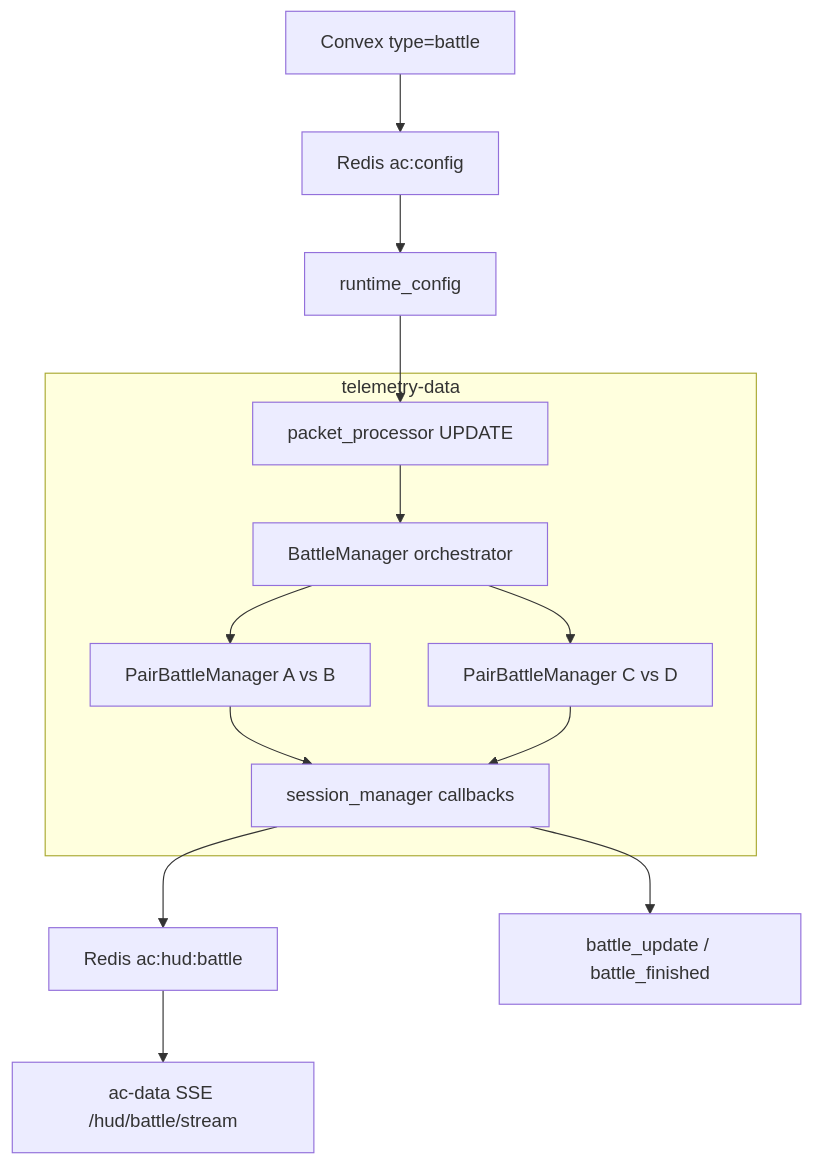
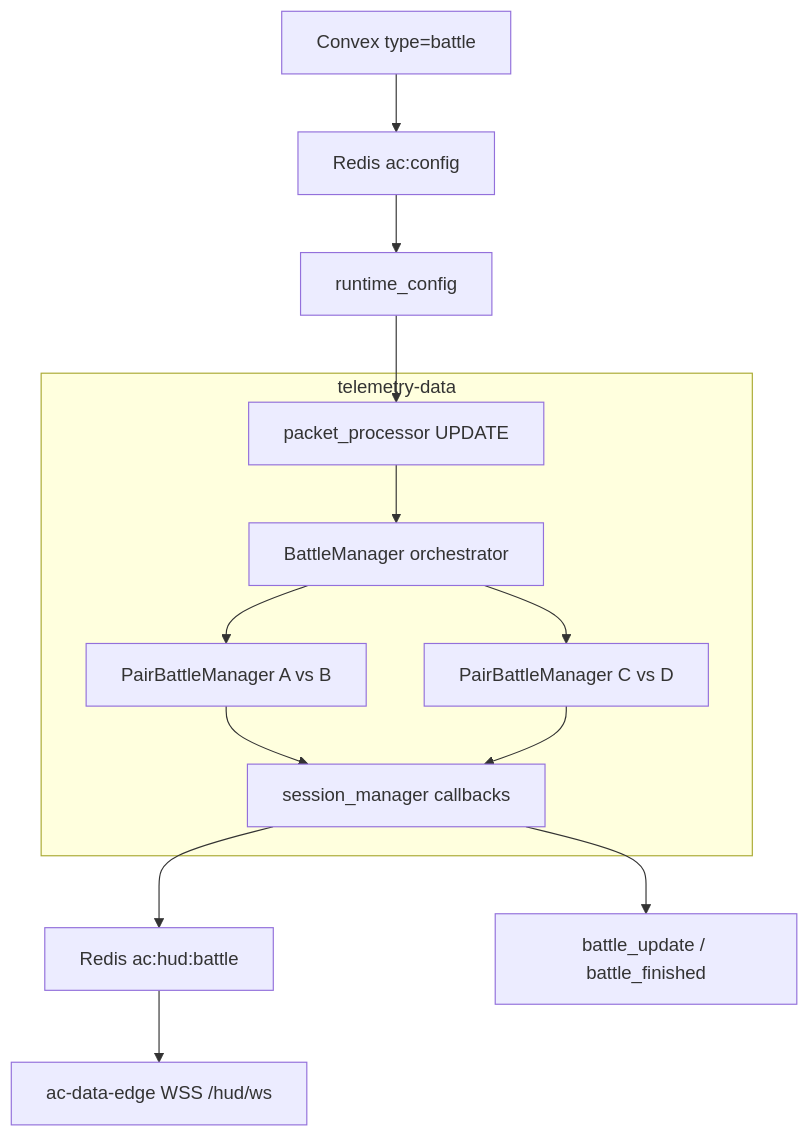
The diagram in telemetry-data/docs/BATTLE_MODE.md (Porx312/docker-infrasture-assetto-corsa), drawn with Mermaid before and after one commit. The commit also changed other lines of this file and 93 other files, not shown here.

````diff
--- a/telemetry-data/docs/BATTLE_MODE.md
+++ b/telemetry-data/docs/BATTLE_MODE.md
@@ -15,21 +15,21 @@
 ```mermaid
 flowchart TB
   subgraph telemetry [telemetry-data]
     PP[packet_processor UPDATE]
     BM[BattleManager orchestrator]
     PM1[PairBattleManager A vs B]
     PM2[PairBattleManager C vs D]
     SM[session_manager callbacks]
   end
   Convex[Convex type=battle] --> Redis[Redis ac:config]
   Redis --> RC[runtime_config]
   RC --> PP
   PP --> BM
   BM --> PM1
   BM --> PM2
   PM1 --> SM
   PM2 --> SM
   SM --> HudRedis[Redis ac:hud:battle]
   SM --> Webhook[battle_update / battle_finished]
-  HudRedis --> AcData[ac-data SSE /hud/battle/stream]
+  HudRedis --> AcData[ac-data-edge WSS /hud/ws]
 ```
````
